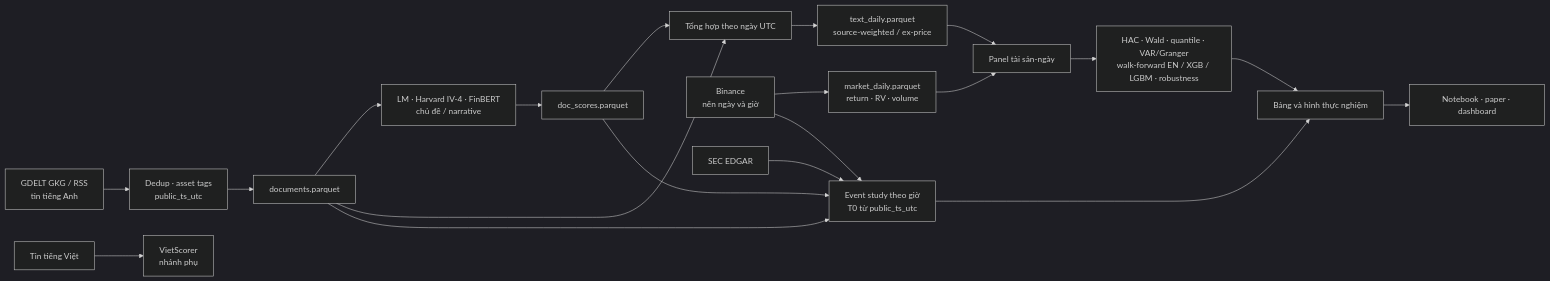
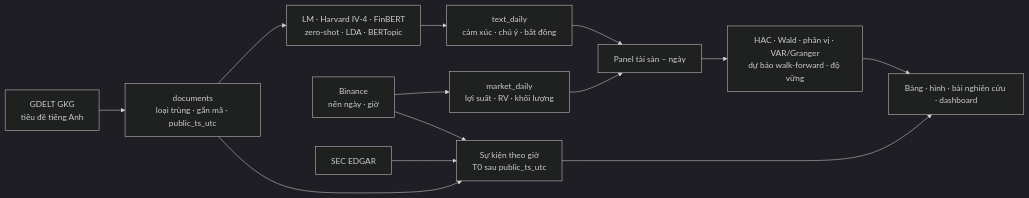
One commit to thienanpham160806-code/crypto-narrative-nlp changed the diagram in README.md. Above: the diagram before and after it, drawn with Mermaid (dark theme). The commit also changed other lines of this file and 9 other files, not shown here.

````diff
--- a/README.md
+++ b/README.md
@@ -35,22 +52,15 @@
 ```mermaid
 flowchart LR
-    NEWS["GDELT GKG / RSS<br/>tin tiếng Anh"] --> CLEAN["Dedup · asset tags<br/>public_ts_utc"]
-    CLEAN --> DOCS["documents.parquet"]
-    DOCS --> NLP["LM · Harvard IV-4 · FinBERT<br/>chủ đề / narrative"]
-    NLP --> SCORES["doc_scores.parquet"]
-    DOCS --> AGG["Tổng hợp theo ngày UTC"]
-    SCORES --> AGG
-    AGG --> TEXT["text_daily.parquet<br/>source-weighted / ex-price"]
-    BINANCE["Binance<br/>nến ngày và giờ"] --> MARKET["market_daily.parquet<br/>return · RV · volume"]
-    TEXT --> PANEL["Panel tài sản-ngày"]
-    MARKET --> PANEL
-    PANEL --> MODELS["HAC · Wald · quantile · VAR/Granger<br/>walk-forward EN / XGB / LGBM · robustness"]
-    DOCS --> EVENT["Event study theo giờ<br/>T0 từ public_ts_utc"]
-    SCORES --> EVENT
+    GKG["GDELT GKG<br/>tiêu đề tiếng Anh"] --> DOCS["documents<br/>loại trùng · gắn mã · public_ts_utc"]
+    DOCS --> NLP["LM · Harvard IV-4 · FinBERT<br/>zero-shot · LDA · BERTopic"]
+    NLP --> DAILY["text_daily<br/>cảm xúc · chú ý · bất đồng"]
+    BIN["Binance<br/>nến ngày · giờ"] --> MKT["market_daily<br/>lợi suất · RV · khối lượng"]
+    DAILY --> PANEL["Panel tài sản – ngày"]
+    MKT --> PANEL
+    PANEL --> TEST["HAC · Wald · phân vị · VAR/Granger<br/>dự báo walk-forward · độ vững"]
+    DOCS --> EVENT["Sự kiện theo giờ<br/>T0 sau public_ts_utc"]
     SEC["SEC EDGAR"] --> EVENT
-    BINANCE --> EVENT
-    VN["Tin tiếng Việt"] --> VIET["VietScorer<br/>nhánh phụ"]
-    MODELS --> OUT["Bảng và hình thực nghiệm"]
+    BIN --> EVENT
+    TEST --> OUT["Bảng · hình · bài nghiên cứu · dashboard"]
     EVENT --> OUT
-    OUT --> USE["Notebook · paper · dashboard"]
 ```
````
